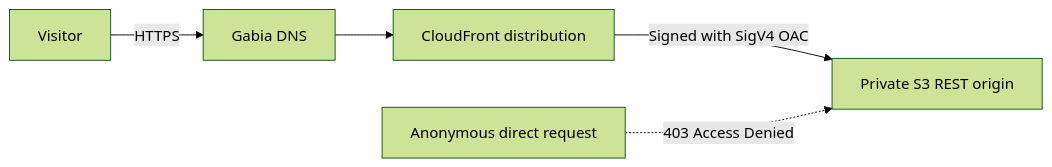
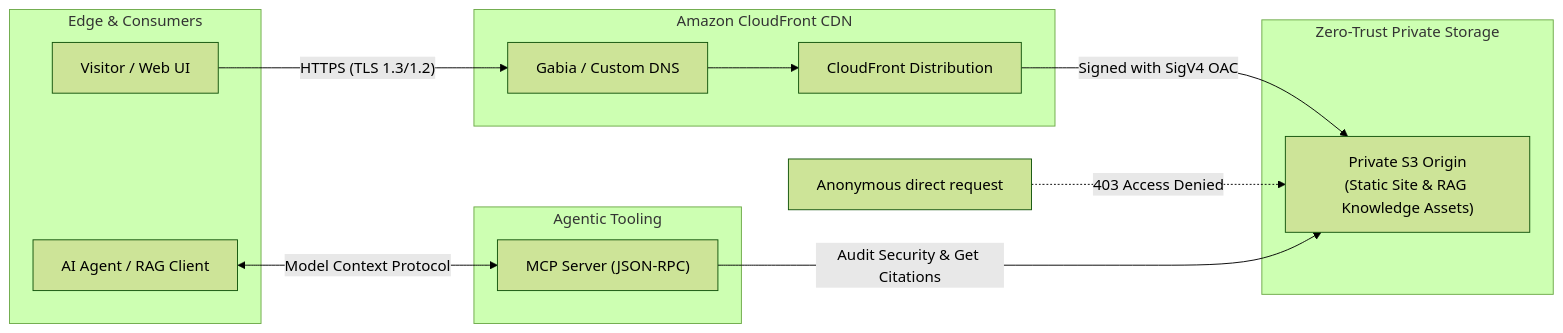
One commit to grapefruit0205/ai-agent-site-harness changed the diagram in README.md. Above: the diagram before and after it, drawn with Mermaid (forest theme). The commit also changed other lines of this file and 8 other files, not shown here.

Commit message:
feat: add enterprise multimodal RAG architecture and MCP server for AI agent integration

````diff
--- a/README.md
+++ b/README.md
@@ -9,7 +13,28 @@
 ```mermaid
 flowchart LR
-    U["Visitor"] -->|"HTTPS"| D["Gabia DNS"]
-    D --> C["CloudFront distribution"]
-    C -->|"Signed with SigV4 OAC"| S["Private S3 REST origin"]
+    subgraph Client["Edge & Consumers"]
+        U["Visitor / Web UI"]
+        AI["AI Agent / RAG Client"]
+    end
+
+    subgraph CDN["Amazon CloudFront CDN"]
+        D["Gabia / Custom DNS"]
+        C["CloudFront Distribution"]
+    end
+
+    subgraph Origin["Zero-Trust Private Storage"]
+        S["Private S3 Origin<br/>(Static Site & RAG Knowledge Assets)"]
+    end
+
+    subgraph AgenticLayer["Agentic Tooling"]
+        MCP["MCP Server (JSON-RPC)"]
+    end
+
+    U -->|"HTTPS (TLS 1.3/1.2)"| D
+    D --> C
+    C -->|"Signed with SigV4 OAC"| S
     X["Anonymous direct request"] -. "403 Access Denied" .-> S
+    
+    AI <-->|"Model Context Protocol"| MCP
+    MCP -->|"Audit Security & Get Citations"| S
 ```
````
